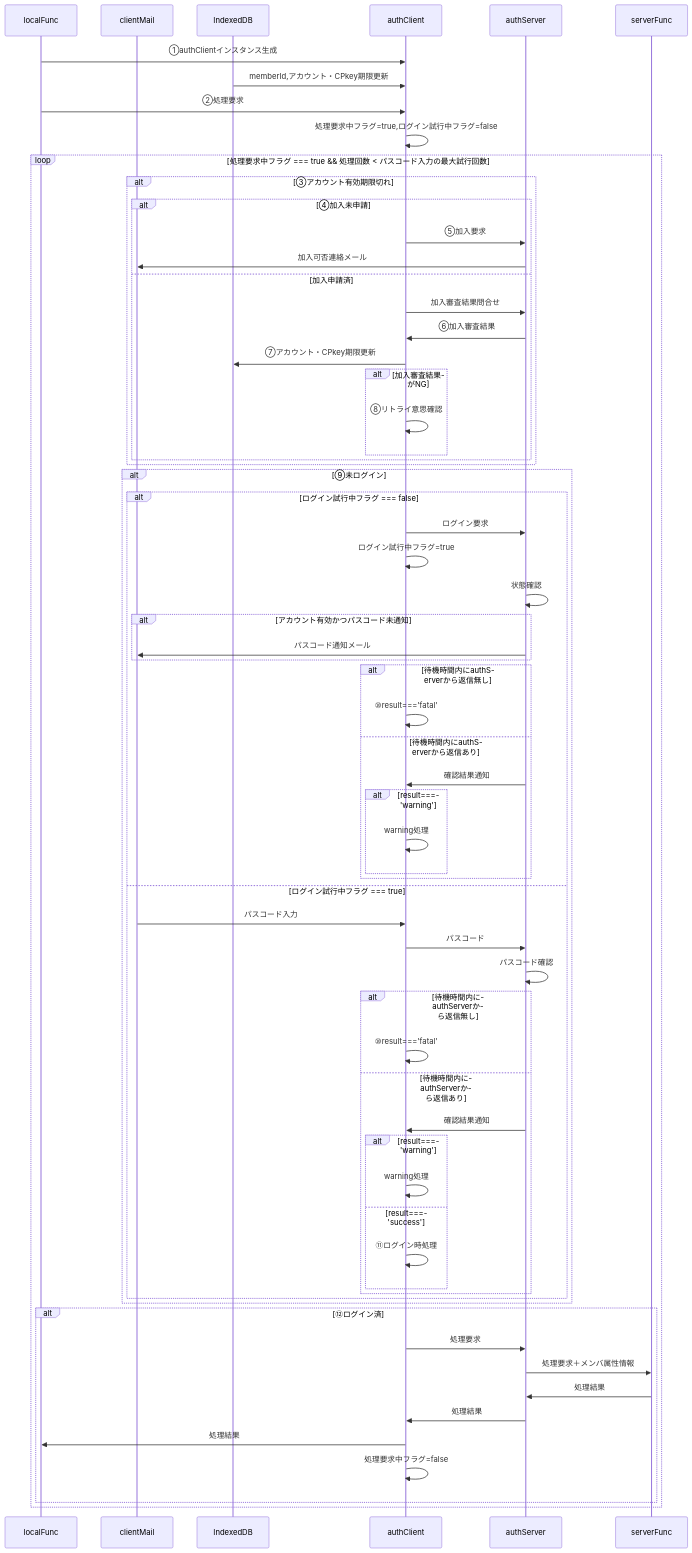
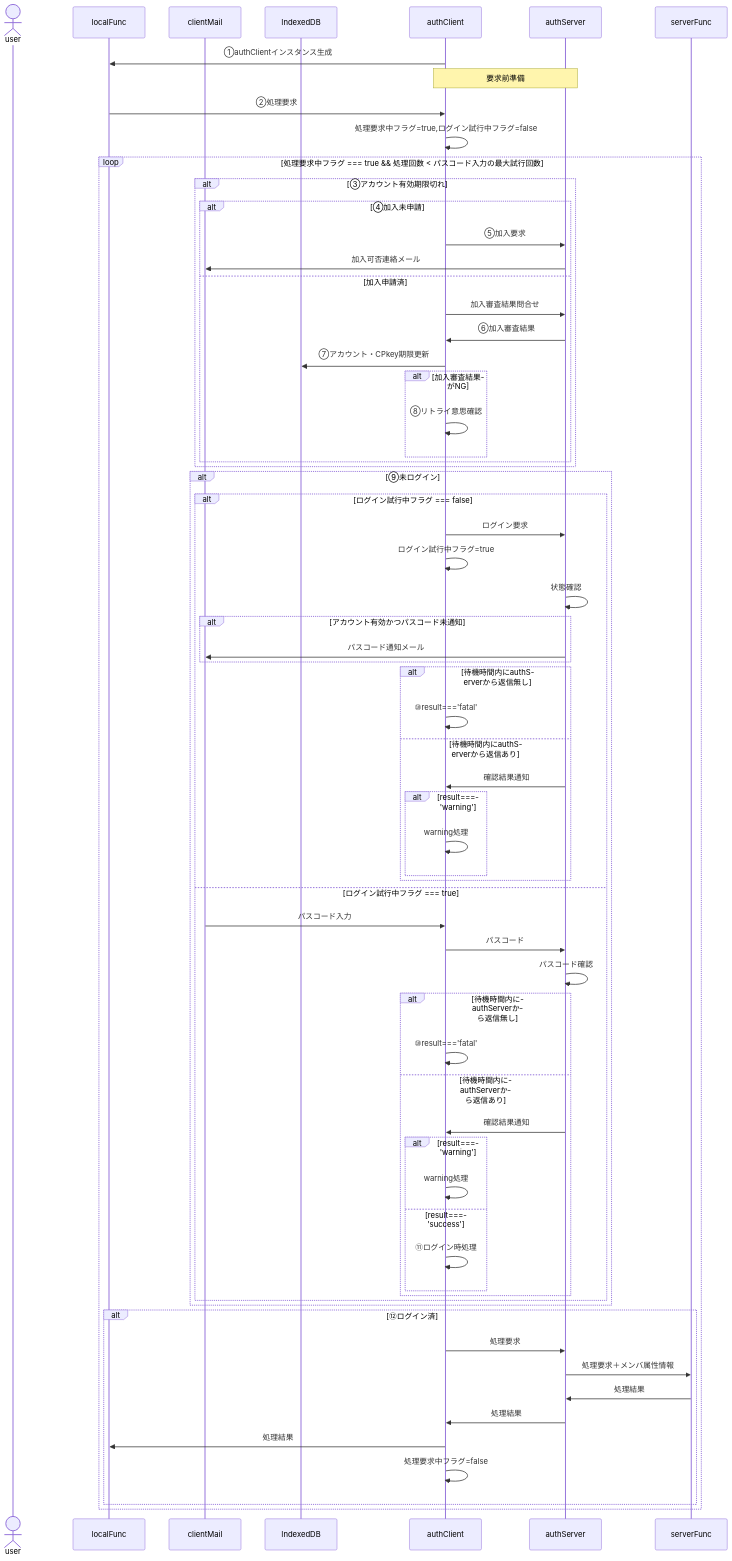
One commit to nakaone/library changed the first of 4 diagrams in underDev/Auth/question.md. Above: the diagram before and after it, drawn with Mermaid. The commit also changed other lines of this file and 19 other files, not shown here.

````diff
--- a/underDev/Auth/question.md
+++ b/underDev/Auth/question.md
@@ -60,78 +62,79 @@
 ```mermaid
 sequenceDiagram
+  actor user
   participant localFunc
   participant clientMail
   %%participant encryptRequest
   participant IndexedDB
   participant authClient
   participant authServer
   %%participant memberList
   %%participant decryptRequest
   participant serverFunc
-  %%participant admin
+  %%actor admin
 
-  localFunc->>authClient: ①authClientインスタンス生成
-  IndexedDB->>authClient: memberId,アカウント・CPkey期限更新
+  authClient->>localFunc: ①authClientインスタンス生成
+  Note over authClient,authServer: 要求前準備
   localFunc->>authClient: ②処理要求
 
   authClient->>authClient: 処理要求中フラグ=true,ログイン試行中フラグ=false
   loop 処理要求中フラグ === true && 処理回数 < パスコード入力の最大試行回数
 
     alt ③アカウント有効期限切れ
       alt ④加入未申請
         authClient->>authServer: ⑤加入要求
         %% 加入審査は人間系なので到着日時未定
         authServer->>clientMail: 加入可否連絡メール
       else 加入申請済
         authClient->>authServer: 加入審査結果問合せ
         authServer->>authClient: ⑥加入審査結果
         authClient->>IndexedDB: ⑦アカウント・CPkey期限更新
         alt 加入審査結果がNG
           authClient->>authClient: ⑧リトライ意思確認
         end
       end
     end
 
     alt ⑨未ログイン
       alt ログイン試行中フラグ === false
         authClient->>authServer: ログイン要求
         authClient->>authClient: ログイン試行中フラグ=true
         authServer->>authServer: 状態確認
         alt アカウント有効かつパスコード未通知
           authServer->>clientMail: パスコード通知メール
         end
         alt 待機時間内にauthServerから返信無し
           authClient->>authClient: ⑩result==='fatal'
         else 待機時間内にauthServerから返信あり
           authServer->>authClient: 確認結果通知
           alt result==='warning'
             authClient->>authClient: warning処理
           end
         end
       else ログイン試行中フラグ === true
         clientMail->>authClient: パスコード入力
         authClient->>authServer: パスコード
         authServer->>authServer: パスコード確認
         alt 待機時間内にauthServerから返信無し
           authClient->>authClient: ⑩result==='fatal'
         else 待機時間内にauthServerから返信あり
           authServer->>authClient: 確認結果通知
           alt result==='warning'
             authClient->>authClient: warning処理
           else result==='success'
             authClient->>authClient: ⑪ログイン時処理
           end
         end
       end
     end
 
     alt ⑫ログイン済
       authClient->>authServer: 処理要求
       authServer->>serverFunc: 処理要求＋メンバ属性情報
       serverFunc->>authServer: 処理結果
       authServer->>authClient: 処理結果
       authClient->>localFunc: 処理結果
       authClient->>authClient: 処理要求中フラグ=false
     end
   end
 ```
````
